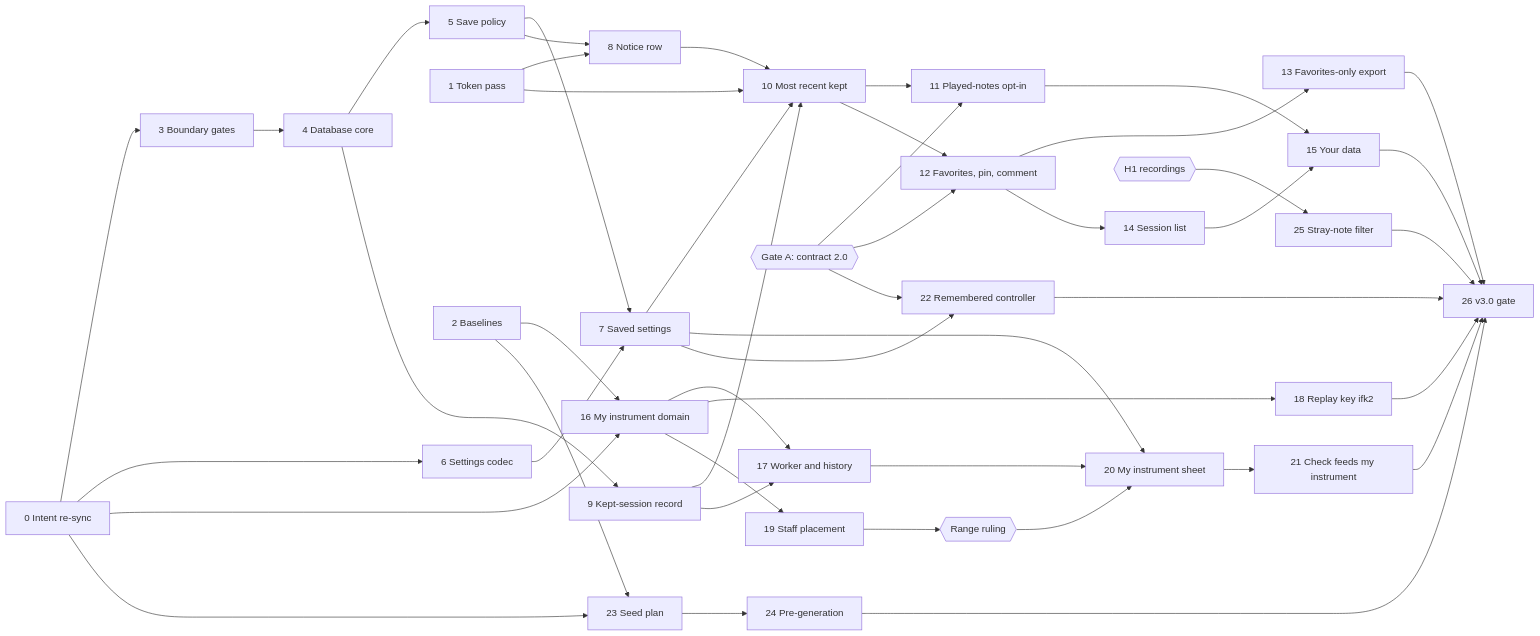
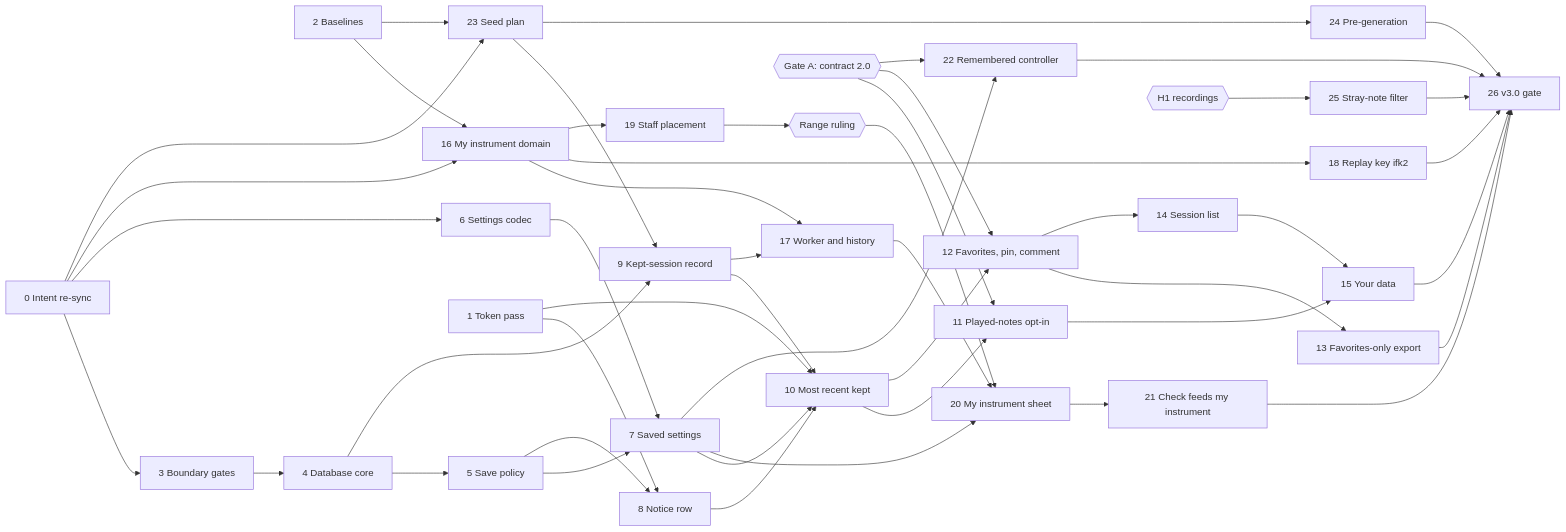
The diagram in specs/versions/v3/build-plan.md (kluthen/infinite-flow), drawn with Mermaid before and after one commit. The commit also changed other lines of this file and 5 other files, not shown here.

````diff
--- a/specs/versions/v3/build-plan.md
+++ b/specs/versions/v3/build-plan.md
@@ -84,48 +86,49 @@
 ```mermaid
 flowchart LR
   C0[0 Intent re-sync] --> C3[3 Boundary gates]
   C0 --> C6[6 Settings codec]
   C0 --> C16[16 My instrument domain]
   C0 --> C23[23 Seed plan]
   C1[1 Token pass] --> C8[8 Notice row]
   C2[2 Baselines] --> C16
   C2 --> C23
   C3 --> C4[4 Database core]
   C4 --> C5[5 Save policy]
   C4 --> C9[9 Kept-session record]
+  C23 --> C9
   C5 --> C7[7 Saved settings]
   C6 --> C7
   C5 --> C8
   C7 --> C10[10 Most recent kept]
   C8 --> C10
   C9 --> C10
   C1 --> C10
   GA{{Gate A: contract 2.0}} --> C11
   GA --> C12
   GA --> C22
   C10 --> C11[11 Played-notes opt-in]
   C10 --> C12[12 Favorites, pin, comment]
   C12 --> C13[13 Favorites-only export]
   C12 --> C14[14 Session list]
   C11 --> C15[15 Your data]
   C14 --> C15
   C16 --> C17[17 Worker and history]
   C9 --> C17
   C16 --> C18[18 Replay key ifk2]
   C16 --> C19[19 Staff placement]
   C19 --> RR{{Range ruling}}
   C7 --> C20[20 My instrument sheet]
   C17 --> C20
   RR --> C20
   C20 --> C21[21 Check feeds my instrument]
   C7 --> C22[22 Remembered controller]
   C23 --> C24[24 Pre-generation]
   H1{{H1 recordings}} --> C25[25 Stray-note filter]
   C15 --> C26[26 v3.0 gate]
   C13 --> C26
   C18 --> C26
   C21 --> C26
   C22 --> C26
   C24 --> C26
   C25 --> C26
 ```
````
